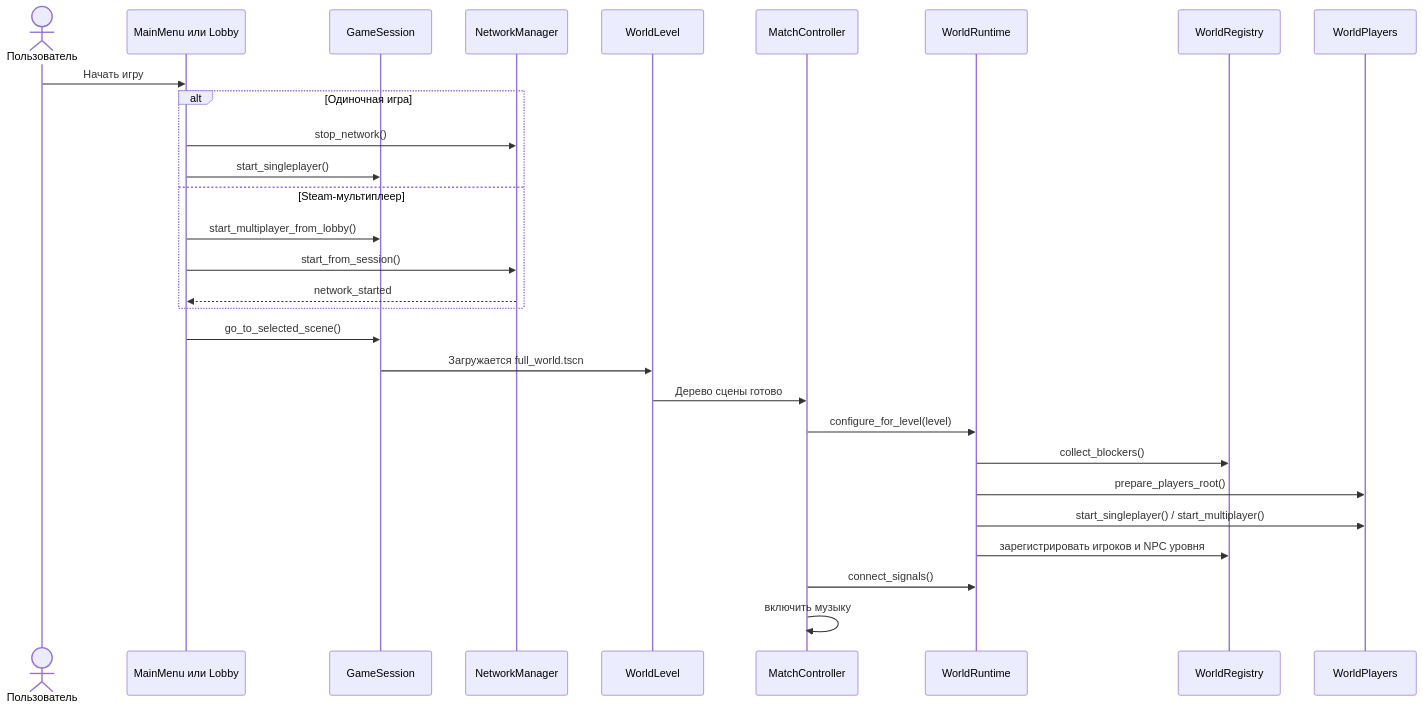
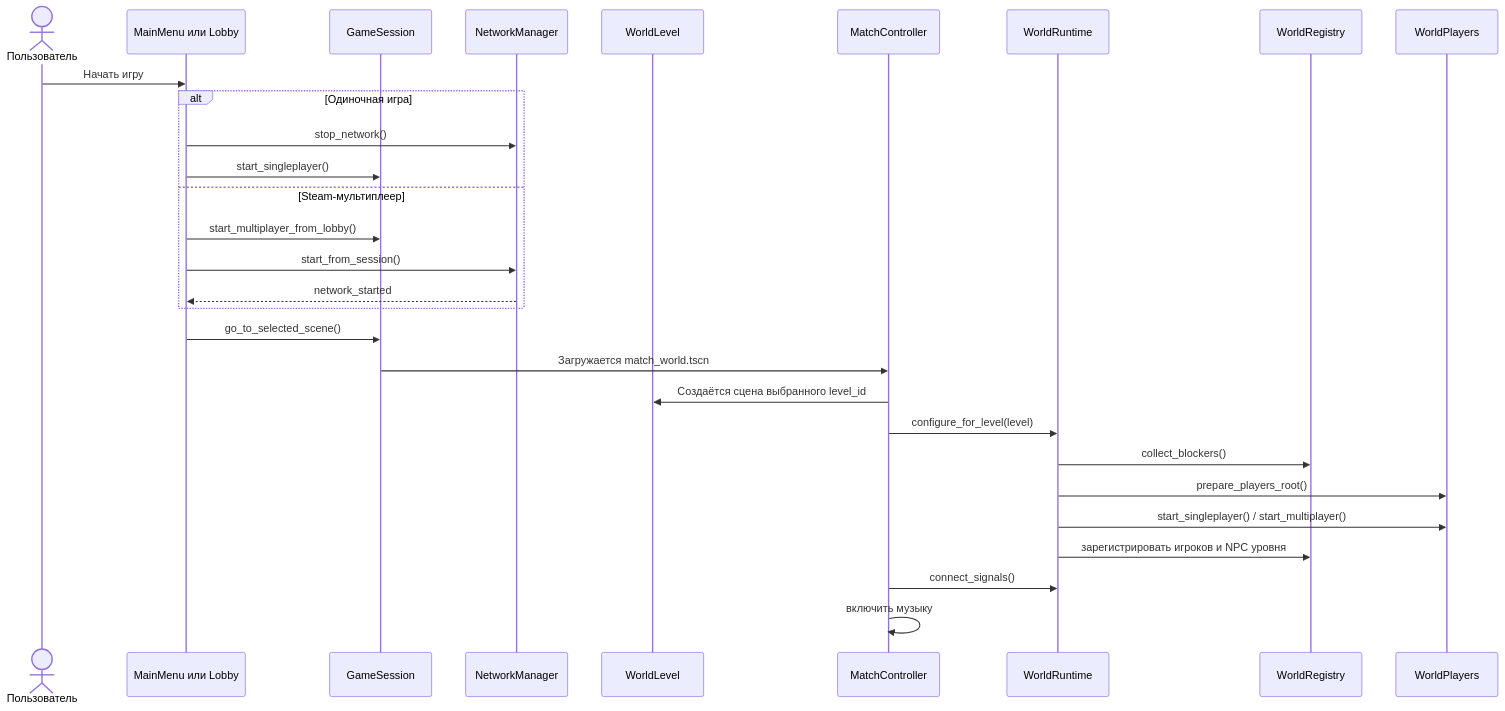
Before and after one commit to Evstratenko98/godot-dragonstride: the second of 7 diagrams in PROJECT_GUIDE_RU.md, drawn with Mermaid. The commit also changed other lines of this file and 44 other files, not shown here.

Commit message:
change full_world

````diff
--- a/PROJECT_GUIDE_RU.md
+++ b/PROJECT_GUIDE_RU.md
@@ -275,32 +275,32 @@
 ```mermaid
 sequenceDiagram
     actor User as Пользователь
     participant Menu as MainMenu или Lobby
     participant Session as GameSession
     participant Net as NetworkManager
     participant Level as WorldLevel
     participant Match as MatchController
     participant Runtime as WorldRuntime
     participant Registry as WorldRegistry
     participant Players as WorldPlayers
 
     User->>Menu: Начать игру
     alt Одиночная игра
         Menu->>Net: stop_network()
         Menu->>Session: start_singleplayer()
     else Steam-мультиплеер
         Menu->>Session: start_multiplayer_from_lobby()
         Menu->>Net: start_from_session()
         Net-->>Menu: network_started
     end
     Menu->>Session: go_to_selected_scene()
-    Session->>Level: Загружается full_world.tscn
-    Level->>Match: Дерево сцены готово
+    Session->>Match: Загружается match_world.tscn
+    Match->>Level: Создаётся сцена выбранного level_id
     Match->>Runtime: configure_for_level(level)
     Runtime->>Registry: collect_blockers()
     Runtime->>Players: prepare_players_root()
     Runtime->>Players: start_singleplayer() / start_multiplayer()
     Runtime->>Registry: зарегистрировать игроков и NPC уровня
     Match->>Runtime: connect_signals()
     Match->>Match: включить музыку
 ```
````
